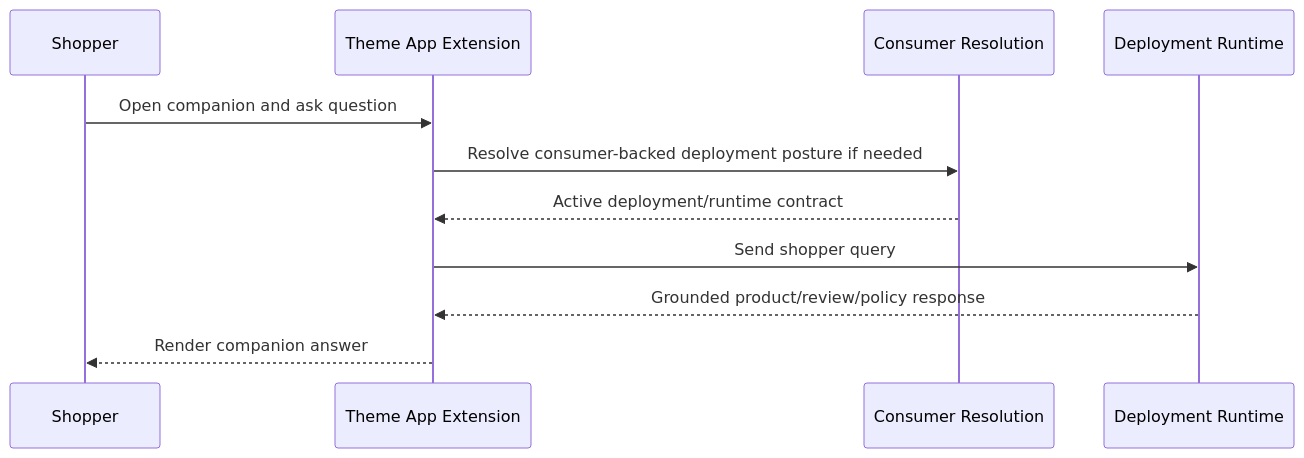
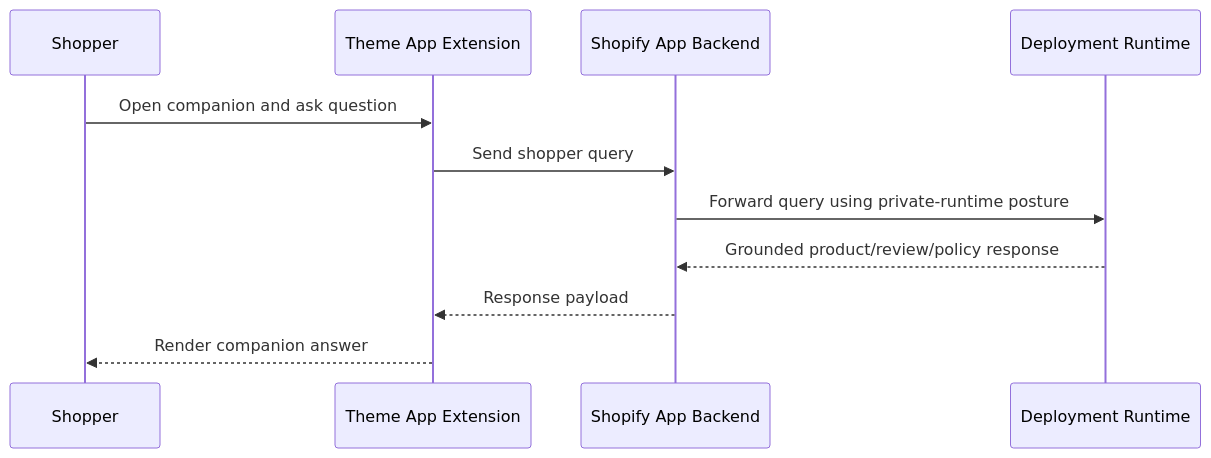
One commit to mahmoudashraf/AI-Fabric-Framework changed the sixth of 9 diagrams in doc/Productization/future-work/MarketPlace/Products/SHOPIFY_COMPANION_SUBSCRIPTION_AND_GO_LIVE_FLOW.md. Above: the diagram before and after it, drawn with Mermaid. The commit also changed other lines of this file and 1 other file, not shown here.

Commit message:
Align Shopify Companion docs with auth model

````diff
--- a/doc/Productization/future-work/MarketPlace/Products/SHOPIFY_COMPANION_SUBSCRIPTION_AND_GO_LIVE_FLOW.md
+++ b/doc/Productization/future-work/MarketPlace/Products/SHOPIFY_COMPANION_SUBSCRIPTION_AND_GO_LIVE_FLOW.md
@@ -323,14 +336,14 @@
 ```mermaid
 sequenceDiagram
     participant S as Shopper
     participant TE as Theme App Extension
-    participant CR as Consumer Resolution
+    participant AB as Shopify App Backend
     participant RT as Deployment Runtime
 
     S->>TE: Open companion and ask question
-    TE->>CR: Resolve consumer-backed deployment posture if needed
-    CR-->>TE: Active deployment/runtime contract
-    TE->>RT: Send shopper query
-    RT-->>TE: Grounded product/review/policy response
+    TE->>AB: Send shopper query
+    AB->>RT: Forward query using private-runtime posture
+    RT-->>AB: Grounded product/review/policy response
+    AB-->>TE: Response payload
     TE-->>S: Render companion answer
 ```
````
